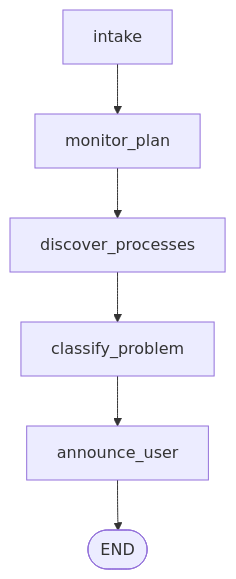
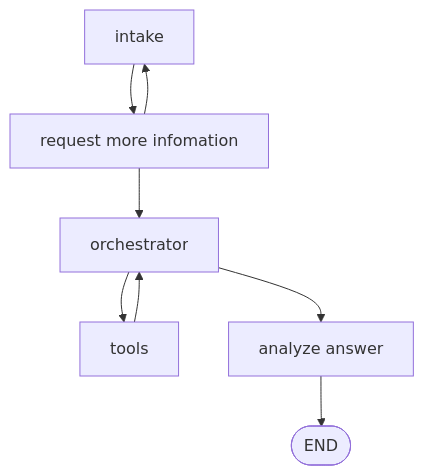
Before and after one commit to BlueElf246/OGG_Agent: the diagram in plan/graph_architecture.md, drawn with Mermaid. The commit also changed 14 other files, not shown here.

````diff
--- a/plan/graph_architecture.md
+++ b/plan/graph_architecture.md
@@ -22,8 +22,10 @@
 ```mermaid
 flowchart TD
-    A[intake] --> B[monitor_plan]
-    B --> C[discover_processes]
-    C --> D[classify_problem]
-    D --> E[announce_user]
+    A[intake] --> B[request more infomation]
+    B --> C[orchestrator]
+    B --> A
+    C --> D[tools]
+    C --> E[analyze answer]
+    D --> C
     E --> Z([END])
 ```
````
